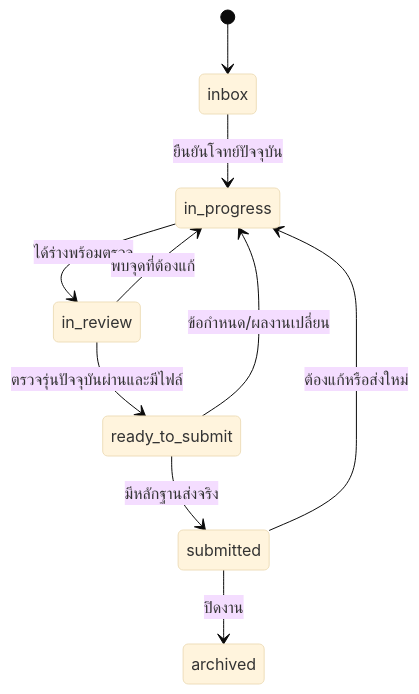
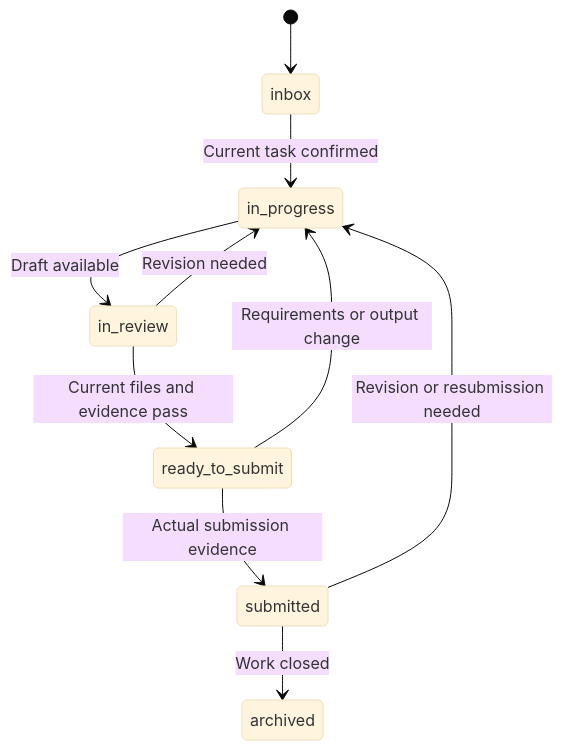
The second of 2 diagrams in docs/workflows.md (panithan1991/ai-assisted-workflow), drawn with Mermaid (base theme) before and after one commit. The commit also changed other lines of this file and 23 other files, not shown here.

````diff
--- a/docs/workflows.md
+++ b/docs/workflows.md
@@ -31,12 +31,12 @@
-```mermaid
+~~~mermaid
 stateDiagram-v2
     [*] --> inbox
-    inbox --> in_progress: ยืนยันโจทย์ปัจจุบัน
-    in_progress --> in_review: ได้ร่างพร้อมตรวจ
-    in_review --> in_progress: พบจุดที่ต้องแก้
-    in_review --> ready_to_submit: ตรวจรุ่นปัจจุบันผ่านและมีไฟล์
-    ready_to_submit --> in_progress: ข้อกำหนด/ผลงานเปลี่ยน
-    ready_to_submit --> submitted: มีหลักฐานส่งจริง
-    submitted --> in_progress: ต้องแก้หรือส่งใหม่
-    submitted --> archived: ปิดงาน
-```
+    inbox --> in_progress: Current task confirmed
+    in_progress --> in_review: Draft available
+    in_review --> in_progress: Revision needed
+    in_review --> ready_to_submit: Current files and evidence pass
+    ready_to_submit --> in_progress: Requirements or output change
+    ready_to_submit --> submitted: Actual submission evidence
+    submitted --> in_progress: Revision or resubmission needed
+    submitted --> archived: Work closed
+~~~
````
